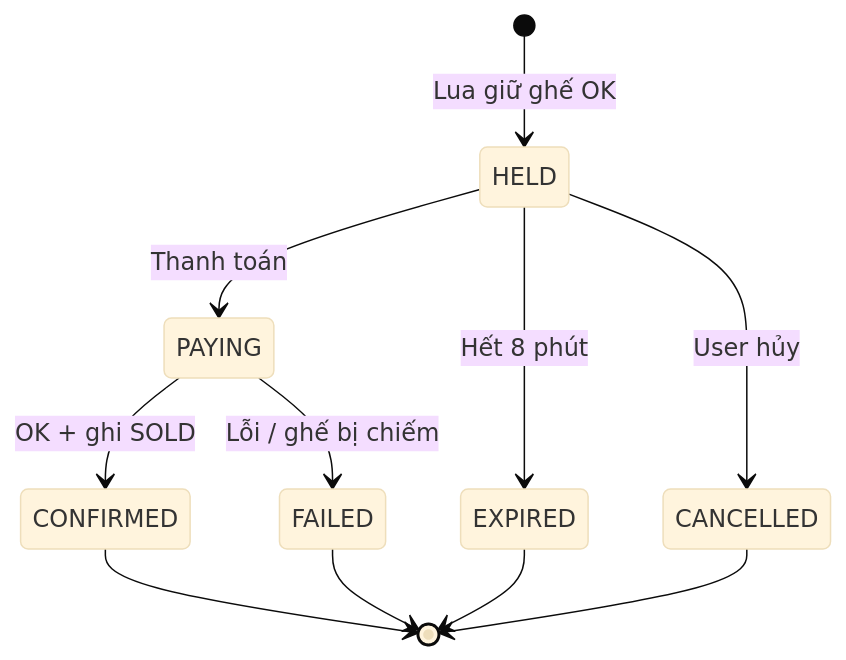
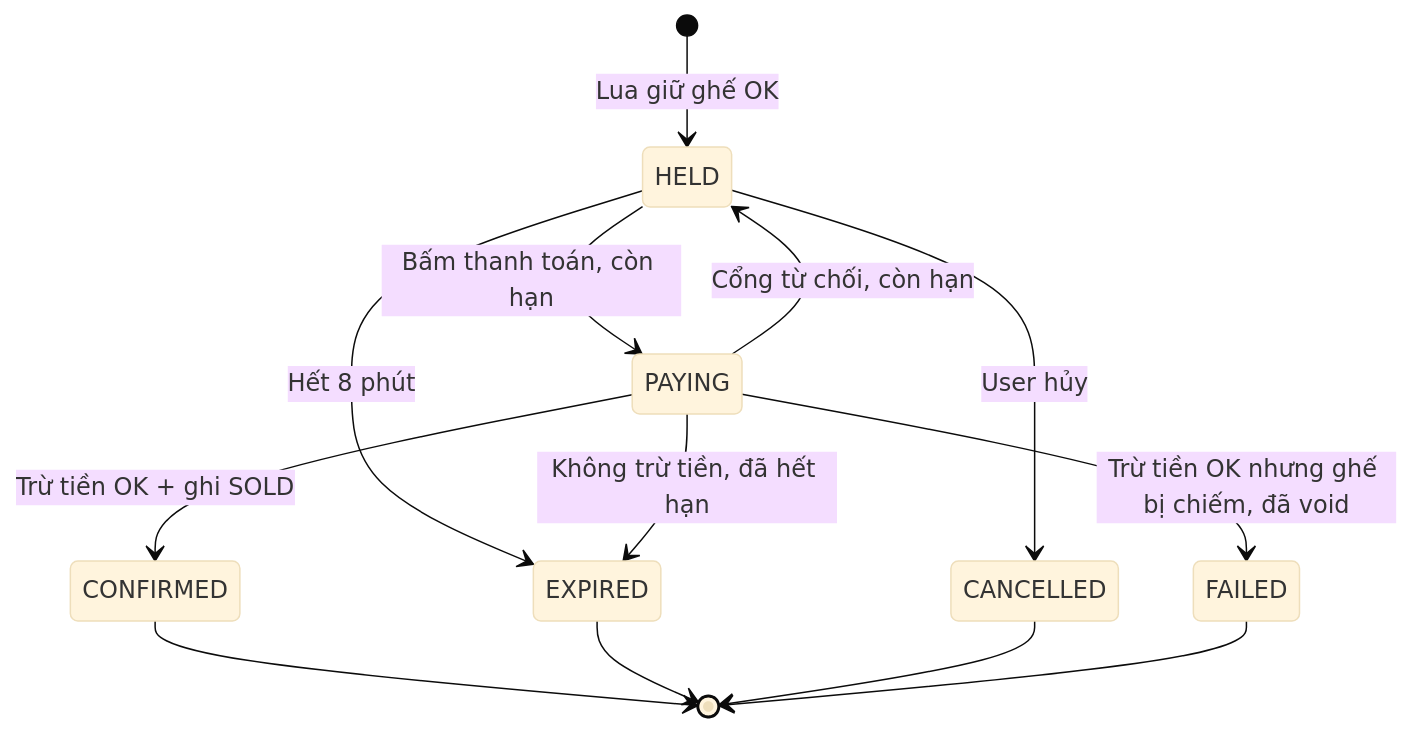
Before and after one commit to baovdqn/cinema-booking: the fourth of 5 diagrams in docs/cinema-booking-progress.md, drawn with Mermaid (base theme). The commit also changed other lines of this file and 6 other files, not shown here.

````diff
--- a/docs/cinema-booking-progress.md
+++ b/docs/cinema-booking-progress.md
@@ -147,13 +150,15 @@
 ```mermaid
 stateDiagram-v2
   [*] --> HELD: Lua giữ ghế OK
-  HELD --> PAYING: Thanh toán
+  HELD --> PAYING: Bấm thanh toán, còn hạn
   HELD --> EXPIRED: Hết 8 phút
   HELD --> CANCELLED: User hủy
-  PAYING --> CONFIRMED: OK + ghi SOLD
-  PAYING --> FAILED: Lỗi / ghế bị chiếm
+  PAYING --> HELD: Cổng từ chối, còn hạn
+  PAYING --> EXPIRED: Không trừ tiền, đã hết hạn
+  PAYING --> CONFIRMED: Trừ tiền OK + ghi SOLD
+  PAYING --> FAILED: Trừ tiền OK nhưng ghế bị chiếm, đã void
   CONFIRMED --> [*]
   EXPIRED --> [*]
   CANCELLED --> [*]
   FAILED --> [*]
 ```
````
